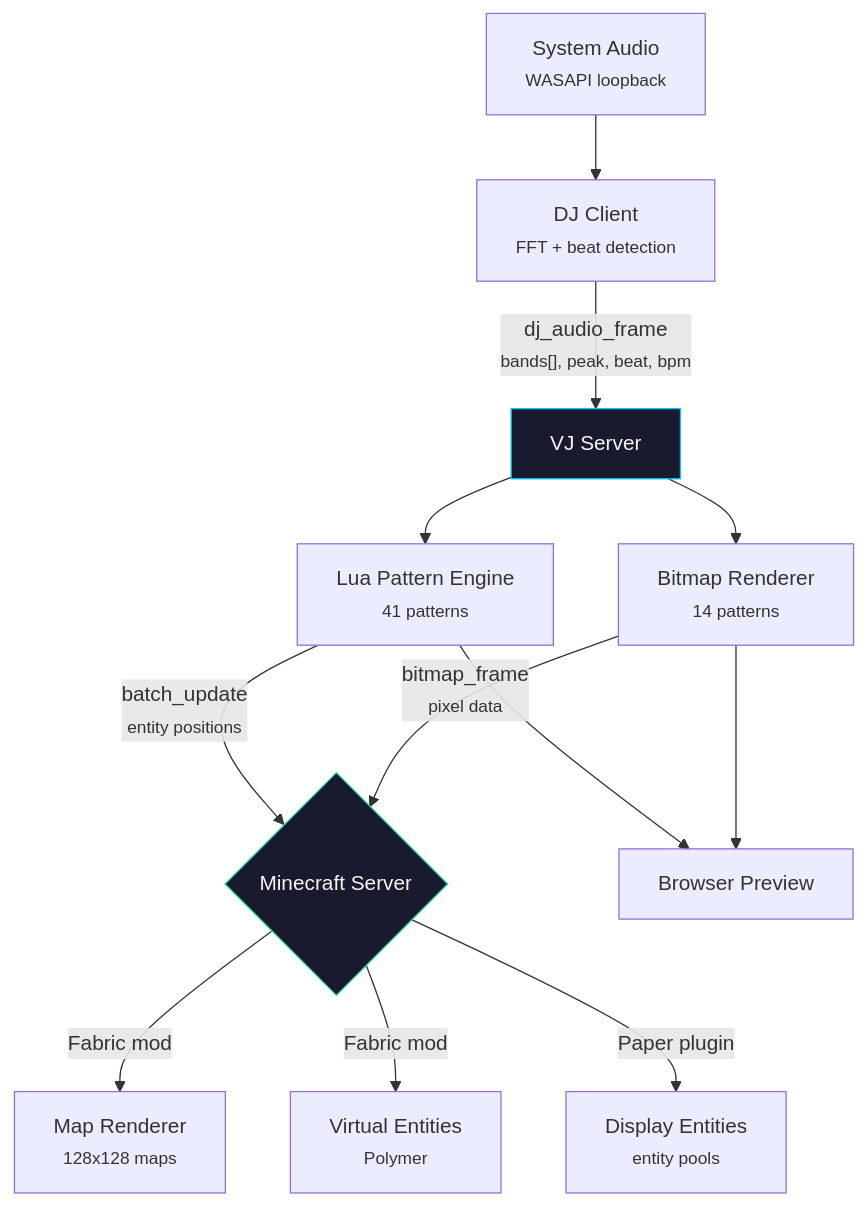
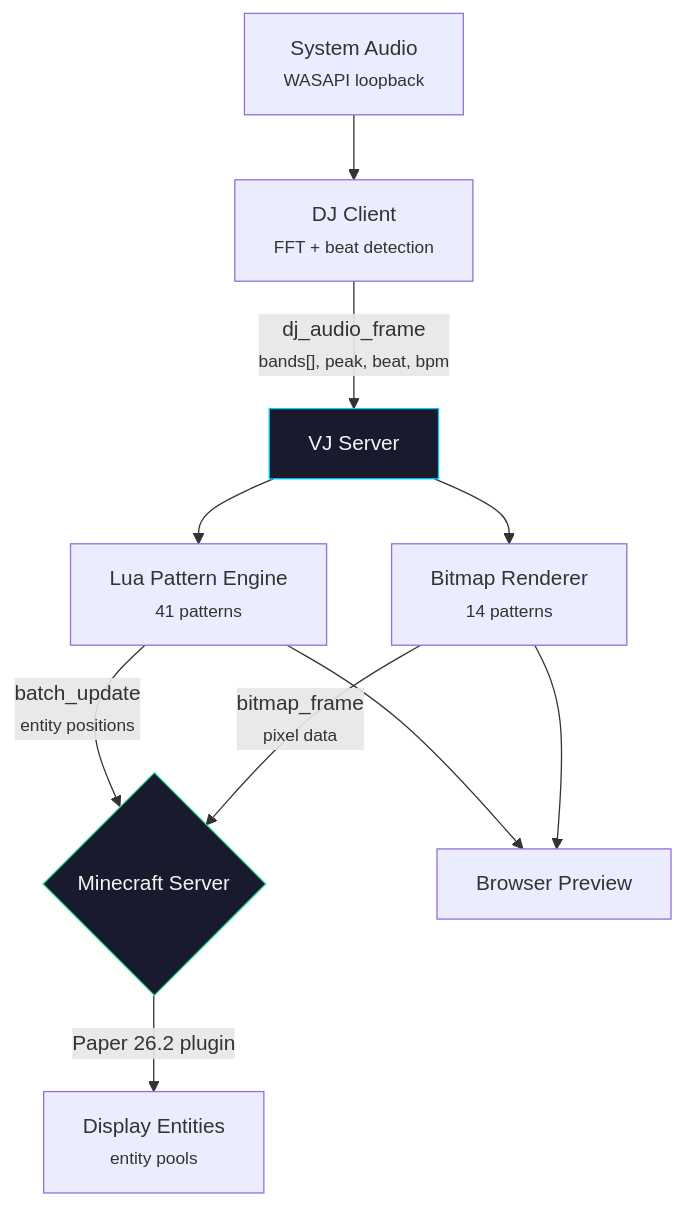
The second of 3 diagrams in README.md (ryanthemcpherson/minecraft-audio-viz), drawn with Mermaid before and after one commit. The commit also changed other lines of this file and 94 other files, not shown here.

First line of the commit message:
feat: release Paper 26.2 plugin (#250)

````diff
--- a/README.md
+++ b/README.md
@@ -165,18 +123,16 @@
 ```mermaid
 graph TD
     A[System Audio<br/><small>WASAPI loopback</small>] --> B[DJ Client<br/><small>FFT + beat detection</small>]
     B -->|"dj_audio_frame<br/><small>bands[], peak, beat, bpm</small>"| C[VJ Server]
     C --> D[Lua Pattern Engine<br/><small>41 patterns</small>]
     C --> E[Bitmap Renderer<br/><small>14 patterns</small>]
     D -->|"batch_update<br/><small>entity positions</small>"| F{Minecraft Server}
     E -->|"bitmap_frame<br/><small>pixel data</small>"| F
     D --> G[Browser Preview]
     E --> G
 
-    F -->|Fabric mod| H[Map Renderer<br/><small>128x128 maps</small>]
-    F -->|Fabric mod| I[Virtual Entities<br/><small>Polymer</small>]
-    F -->|Paper plugin| J[Display Entities<br/><small>entity pools</small>]
+    F -->|Paper 26.2 plugin| J[Display Entities<br/><small>entity pools</small>]
 
     style C fill:#1a1a2e,stroke:#00ccff,color:#f5f5f5
     style F fill:#1a1a2e,stroke:#2fe098,color:#f5f5f5
 ```
````
